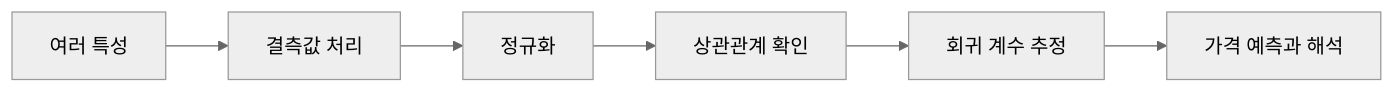
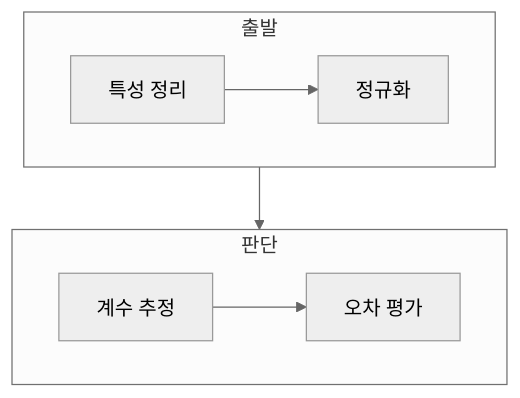
One commit to umyunsang/edu changed the diagram in ComputerScience/03_ai-ml-data/machine-learning/notes/01. 다중 선형 회귀.md. Above: the diagram before and after it, drawn with Mermaid (neutral theme). The commit also changed other lines of this file and 19 other files, not shown here.

````diff
--- a/ComputerScience/03_ai-ml-data/machine-learning/notes/01. 다중 선형 회귀.md
+++ b/ComputerScience/03_ai-ml-data/machine-learning/notes/01. 다중 선형 회귀.md
@@ -20,8 +23,12 @@
 ```mermaid
-flowchart LR
-  A[여러 특성] --> B[결측값 처리]
-  B --> C[정규화]
-  C --> D[상관관계 확인]
-  D --> E[회귀 계수 추정]
-  E --> F[가격 예측과 해석]
+flowchart TB
+    subgraph Input[출발]
+        direction LR
+        A[특성 정리] --> B[정규화]
+    end
+    subgraph Decision[판단]
+        direction LR
+        C[계수 추정] --> D[오차 평가]
+    end
+    B --> C
 ```
````
